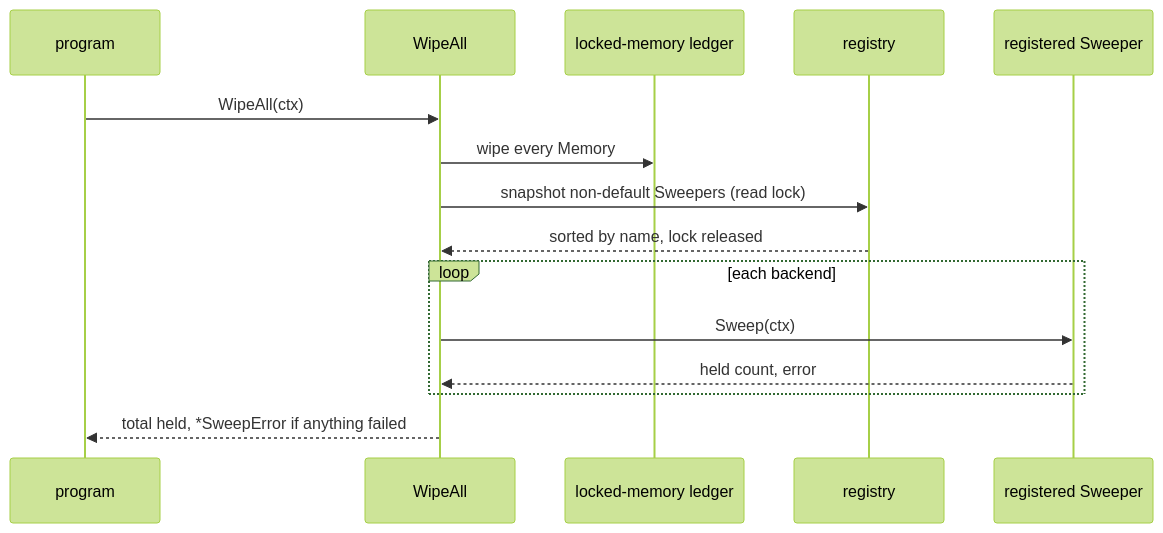
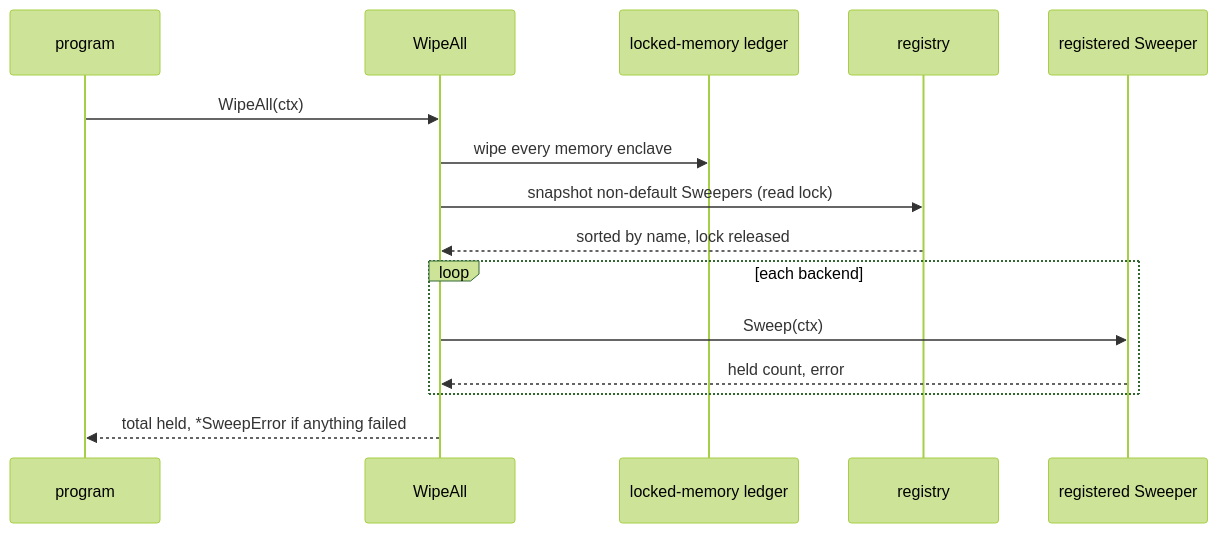
The fourth of 4 diagrams in docs/backends/architecture.md (jeremyhahn/go-enclave), drawn with Mermaid (forest theme) before and after one commit. The commit also changed other lines of this file and 60 other files, not shown here.

````diff
--- a/docs/backends/architecture.md
+++ b/docs/backends/architecture.md
@@ -499,17 +500,17 @@
 ```mermaid
 sequenceDiagram
   participant P as program
   participant W as WipeAll
   participant L as locked-memory ledger
   participant G as registry
   participant S as registered Sweeper
   P->>W: WipeAll(ctx)
-  W->>L: wipe every Memory
+  W->>L: wipe every memory enclave
   W->>G: snapshot non-default Sweepers (read lock)
   G-->>W: sorted by name, lock released
   loop each backend
     W->>S: Sweep(ctx)
     S-->>W: held count, error
   end
   W-->>P: total held, *SweepError if anything failed
 ```
````
